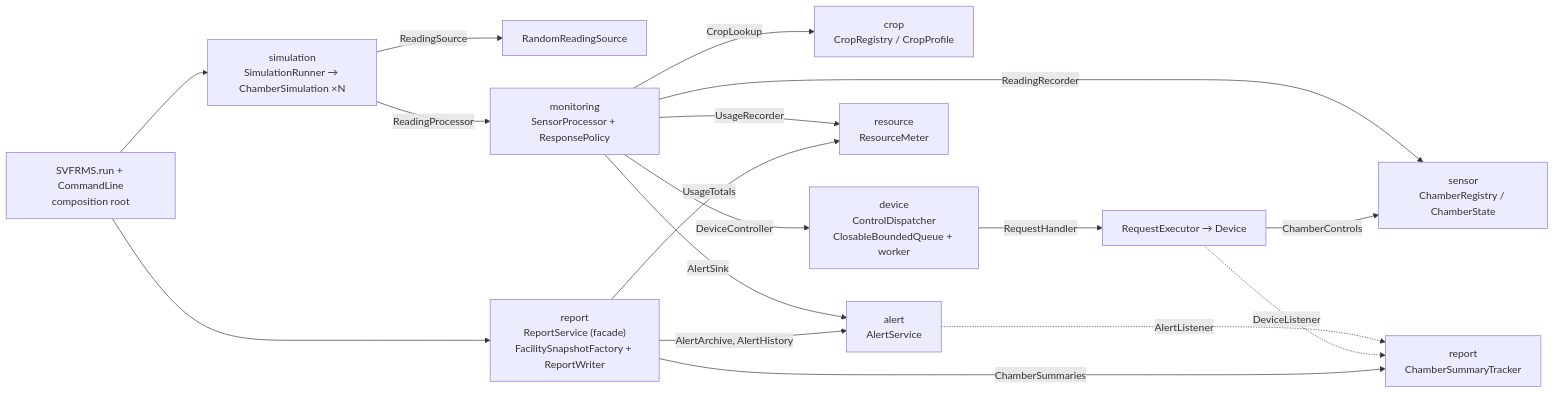
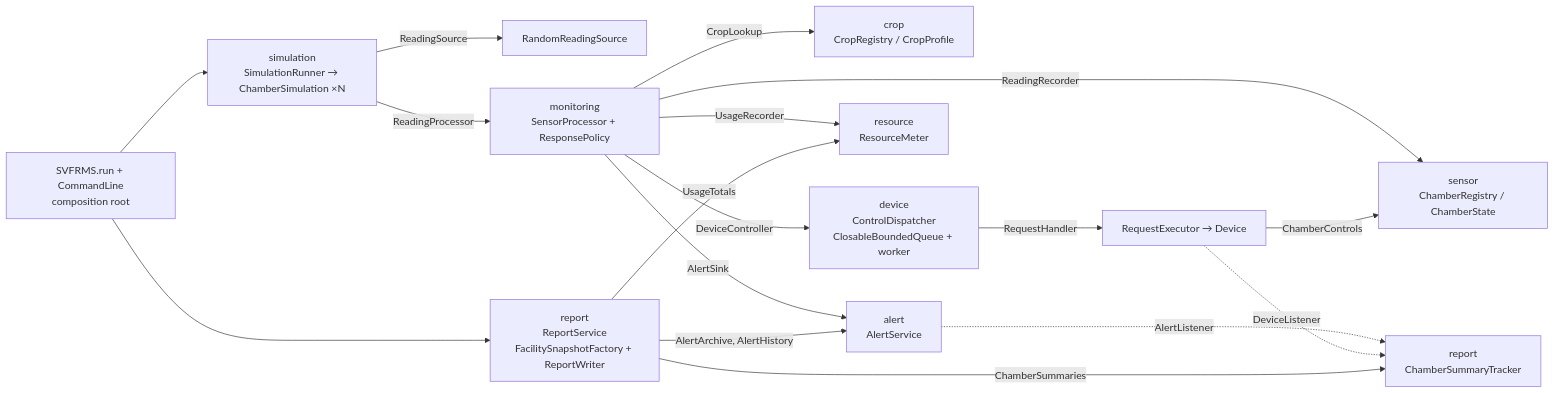
One commit to jarenlimhaan/se301-svfrms changed the first of 4 diagrams in README.md. Above: the diagram before and after it, drawn with Mermaid. The commit also changed other lines of this file and 7 other files, not shown here.

````diff
--- a/README.md
+++ b/README.md
@@ -112,19 +114,19 @@
 ```mermaid
 flowchart LR
     Main["SVFRMS.run + CommandLine<br/>composition root"] --> Sim["simulation<br/>SimulationRunner → ChamberSimulation ×N"]
     Sim -->|ReadingSource| RS["RandomReadingSource"]
     Sim -->|ReadingProcessor| SP["monitoring<br/>SensorProcessor + ResponsePolicy"]
     SP -->|CropLookup| CR["crop<br/>CropRegistry / CropProfile"]
     SP -->|ReadingRecorder| CH["sensor<br/>ChamberRegistry / ChamberState"]
     SP -->|AlertSink| AS["alert<br/>AlertService"]
     SP -->|UsageRecorder| RM["resource<br/>ResourceMeter"]
     SP -->|DeviceController| CD["device<br/>ControlDispatcher<br/>ClosableBoundedQueue + worker"]
     CD -->|RequestHandler| EX["RequestExecutor → Device"]
     EX -->|ChamberControls| CH
     AS -.AlertListener.-> CST["report<br/>ChamberSummaryTracker"]
     EX -.DeviceListener.-> CST
-    Main --> REP["report<br/>ReportService (facade)<br/>FacilitySnapshotFactory + ReportWriter"]
+    Main --> REP["report<br/>ReportService<br/>FacilitySnapshotFactory + ReportWriter"]
     REP -->|AlertArchive, AlertHistory| AS
     REP -->|UsageTotals| RM
     REP -->|ChamberSummaries| CST
 ```
````
